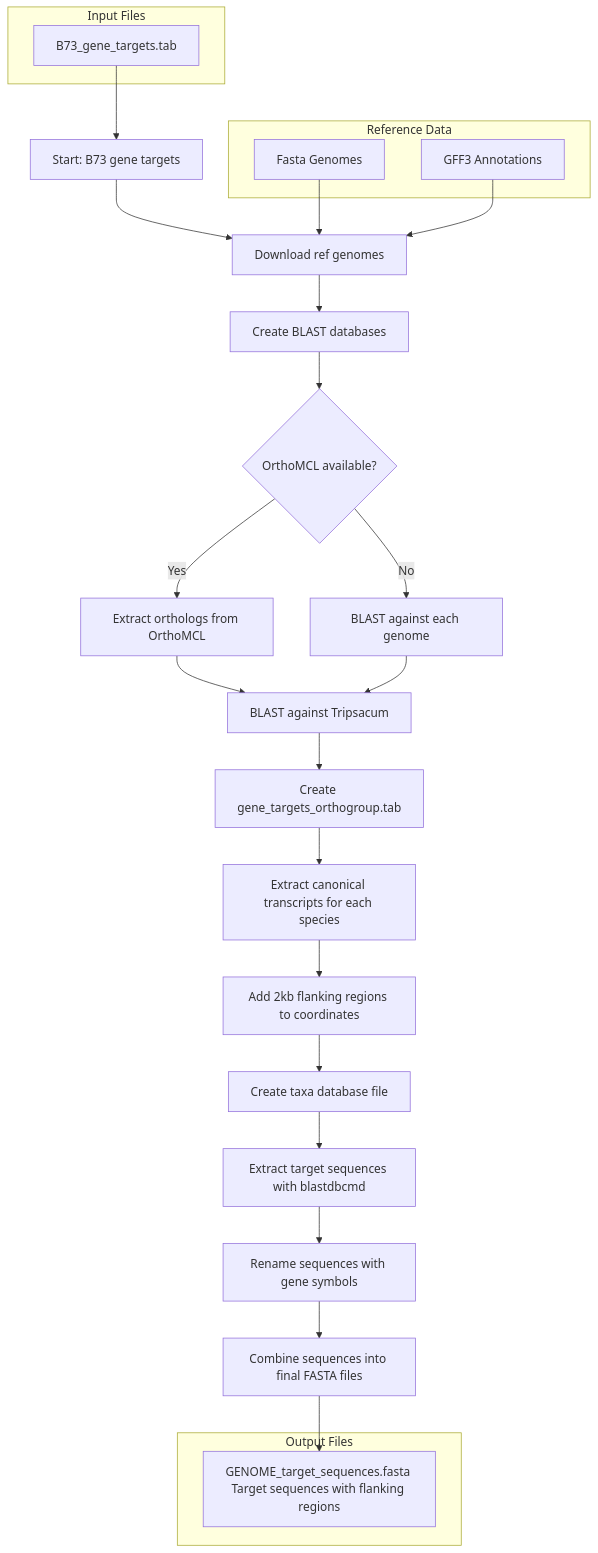
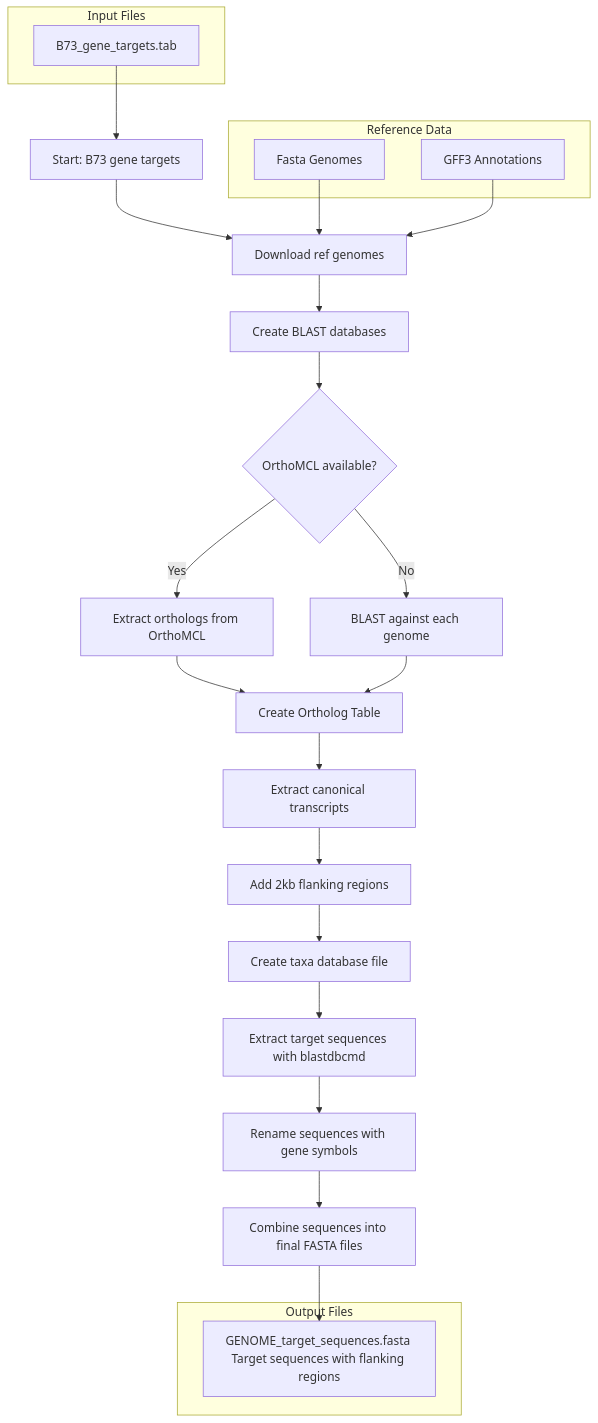
Before and after one commit to sawers-rellan-labs/targseq: the first of 2 diagrams in README.md, drawn with Mermaid. The commit also changed other lines of this file, not shown here.

````diff
--- a/README.md
+++ b/README.md
@@ -5,40 +5,39 @@
 ```mermaid
 flowchart TD
     A[Start: B73 gene targets] --> B[Download ref genomes]
     B --> C[Create BLAST databases]
     
     C --> D{OrthoMCL available?}
     D -->|Yes| E1[Extract orthologs from OrthoMCL]
     D -->|No| E2[BLAST against each genome]
     
-    E1 --> F[BLAST against Tripsacum]
+    E1 --> F[Create Ortholog Table]
     E2 --> F
     
-    F --> G[Create gene_targets_orthogroup.tab]
-    G --> H[Extract canonical transcripts for each species]
-    H --> I[Add 2kb flanking regions to coordinates]
+    F --> H[Extract canonical transcripts]
+    H --> I[Add 2kb flanking regions]
     I --> J[Create taxa database file]
     J --> K[Extract target sequences with blastdbcmd]
     K --> L[Rename sequences with gene symbols]
     L --> M[Combine sequences into final FASTA files]
     
     subgraph "Input Files"
     A1[B73_gene_targets.tab]
     end
     
     subgraph "Reference Data"
     B1[Fasta Genomes]
     B2[GFF3 Annotations]
     end
     
     subgraph "Output Files"
     O1[GENOME_target_sequences.fasta Target sequences with flanking regions]
     end
     
     A1 --> A
     B1 --> B
     B2 --> B
 
     
     M --> O1
 ``` 
````
